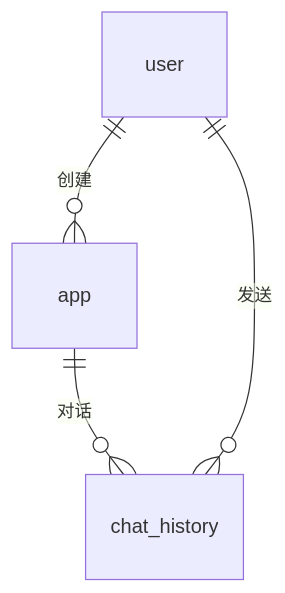
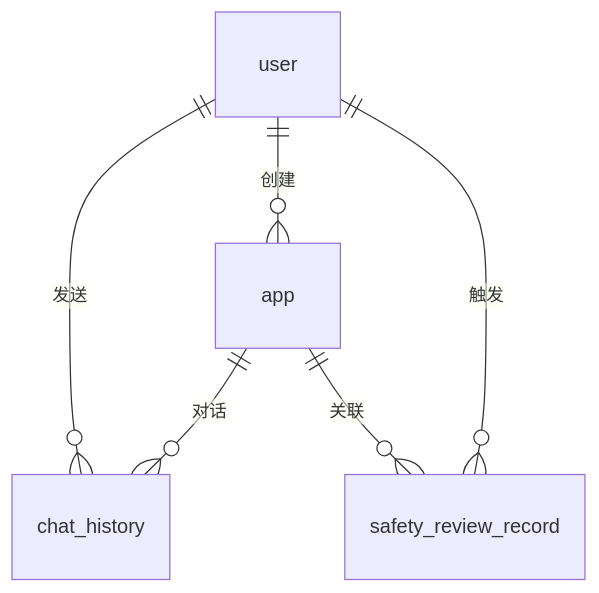
The third of 3 diagrams in README.md (chenzhe0279/ag-ai-code-mother), drawn with Mermaid before and after one commit. The commit also changed other lines of this file, not shown here.

````diff
--- a/README.md
+++ b/README.md
@@ -262,6 +288,8 @@
 ```mermaid
 erDiagram
     user ||--o{ app : "创建"
     app ||--o{ chat_history : "对话"
     user ||--o{ chat_history : "发送"
+    user ||--o{ safety_review_record : "触发"
+    app ||--o{ safety_review_record : "关联"
 ```
````
